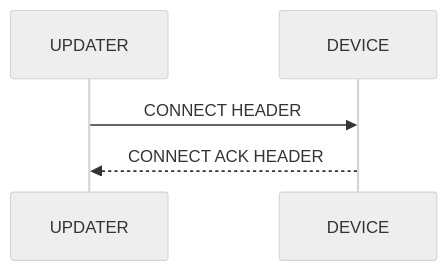
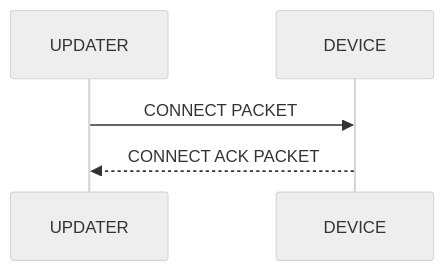
One commit to PanBabinicz/ghost-feather changed the diagram in doc/dust/README.md. Above: the diagram before and after it, drawn with Mermaid (neutral theme). The commit also changed other lines of this file, not shown here.

````diff
--- a/doc/dust/README.md
+++ b/doc/dust/README.md
@@ -93,5 +100,5 @@
 ```mermaid
 sequenceDiagram
-    UPDATER->>DEVICE: CONNECT HEADER
-    DEVICE-->>UPDATER: CONNECT ACK HEADER
+    UPDATER->>DEVICE: CONNECT PACKET
+    DEVICE-->>UPDATER: CONNECT ACK PACKET
 ```
````
